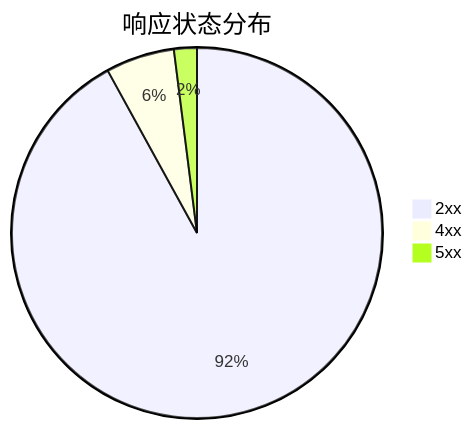
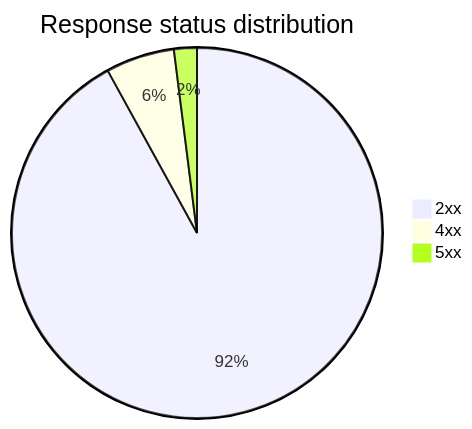
One commit to hexiangtao/loadix changed the third of 3 diagrams in src/entrypoints/dashboard/markdown/markdown-sample.md. Above: the diagram before and after it, drawn with Mermaid. The commit also changed other lines of this file and 9 other files, not shown here.

````diff
--- a/src/entrypoints/dashboard/markdown/markdown-sample.md
+++ b/src/entrypoints/dashboard/markdown/markdown-sample.md
@@ -35,6 +35,6 @@
 ```mermaid
-pie title 响应状态分布
+pie title Response status distribution
   "2xx" : 92
   "4xx" : 6
   "5xx" : 2
 ```
````
